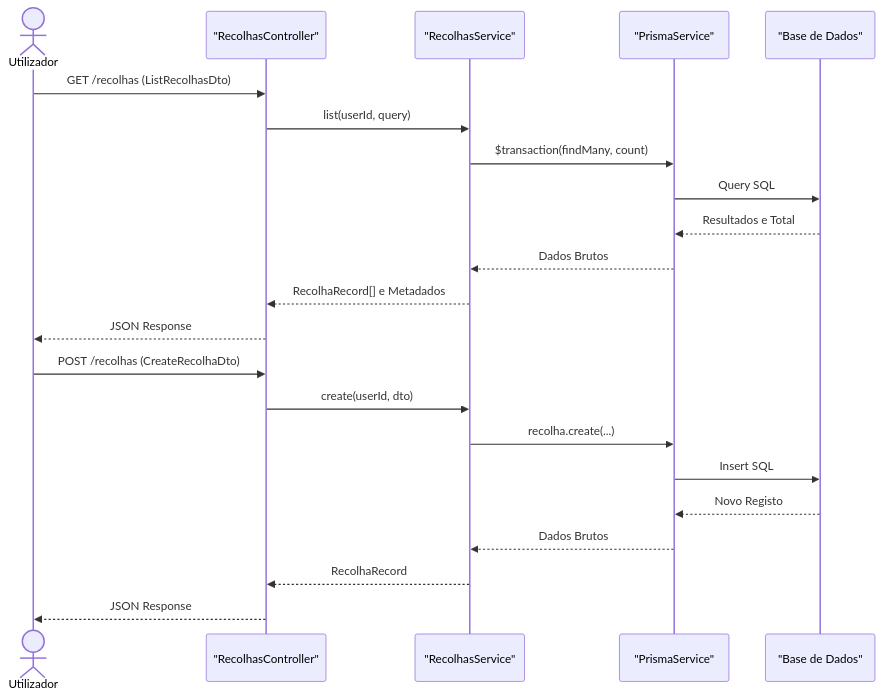
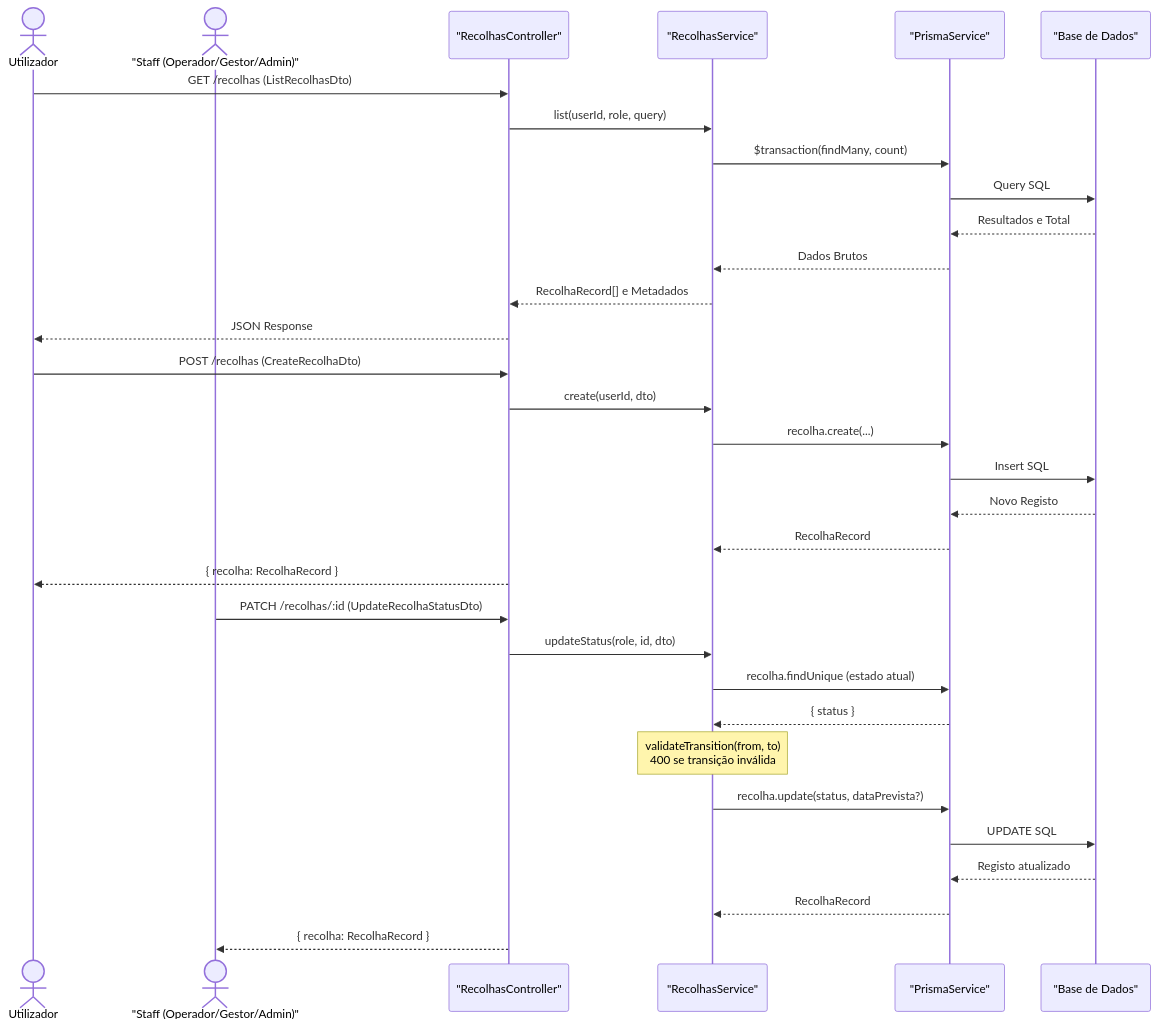
The diagram in .repowiki/Recolhas/Fluxo de Recolhas.md (MoisesBraz/ecobairro), drawn with Mermaid before and after one commit. The commit also changed other lines of this file and 91 other files, not shown here.

````diff
--- a/.repowiki/Recolhas/Fluxo de Recolhas.md
+++ b/.repowiki/Recolhas/Fluxo de Recolhas.md
@@ -19,26 +19,37 @@
 ```mermaid
 sequenceDiagram
     actor Utilizador
+    actor Staff as "Staff (Operador/Gestor/Admin)"
     participant Controller as "RecolhasController"
     participant Service as "RecolhasService"
     participant Prisma as "PrismaService"
     participant BD as "Base de Dados"
 
     Utilizador->>Controller: GET /recolhas (ListRecolhasDto)
-    Controller->>Service: list(userId, query)
+    Controller->>Service: list(userId, role, query)
     Service->>Prisma: $transaction(findMany, count)
     Prisma->>BD: Query SQL
     BD-->>Prisma: Resultados e Total
     Prisma-->>Service: Dados Brutos
     Service-->>Controller: RecolhaRecord[] e Metadados
     Controller-->>Utilizador: JSON Response
 
     Utilizador->>Controller: POST /recolhas (CreateRecolhaDto)
     Controller->>Service: create(userId, dto)
     Service->>Prisma: recolha.create(...)
     Prisma->>BD: Insert SQL
     BD-->>Prisma: Novo Registo
-    Prisma-->>Service: Dados Brutos
-    Service-->>Controller: RecolhaRecord
-    Controller-->>Utilizador: JSON Response
+    Prisma-->>Service: RecolhaRecord
+    Controller-->>Utilizador: { recolha: RecolhaRecord }
+
+    Staff->>Controller: PATCH /recolhas/:id (UpdateRecolhaStatusDto)
+    Controller->>Service: updateStatus(role, id, dto)
+    Service->>Prisma: recolha.findUnique (estado atual)
+    Prisma-->>Service: { status }
+    Note over Service: validateTransition(from, to)<br/>400 se transição inválida
+    Service->>Prisma: recolha.update(status, dataPrevista?)
+    Prisma->>BD: UPDATE SQL
+    BD-->>Prisma: Registo atualizado
+    Prisma-->>Service: RecolhaRecord
+    Controller-->>Staff: { recolha: RecolhaRecord }
 ```
````
